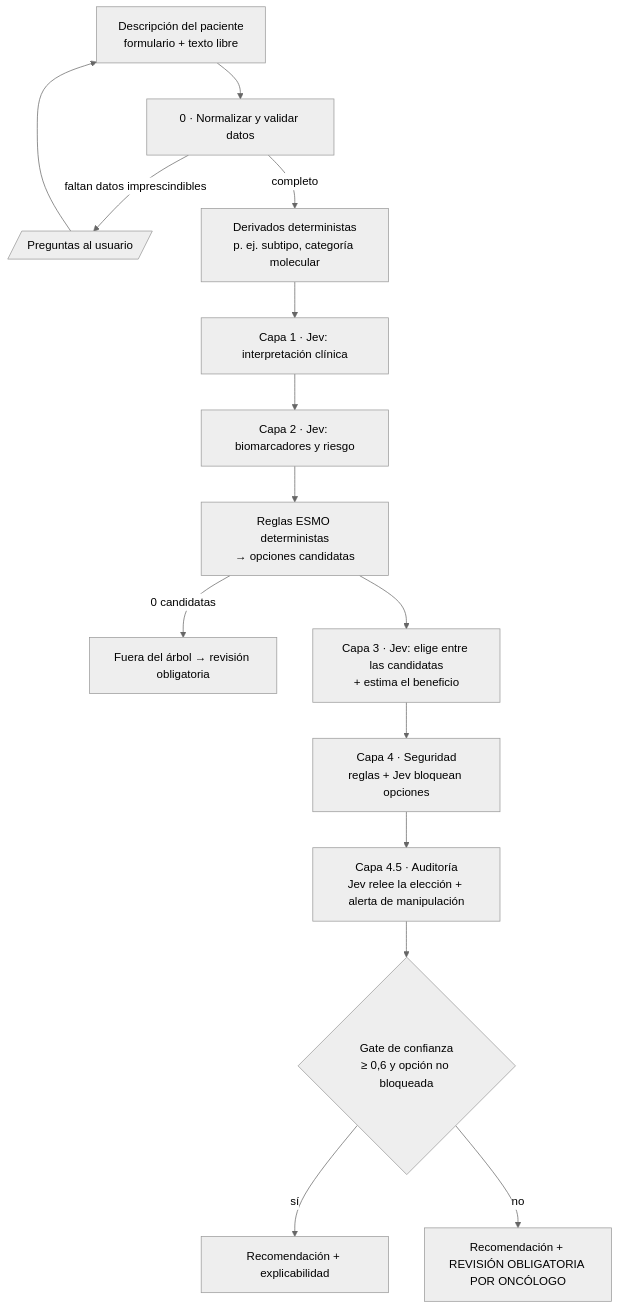
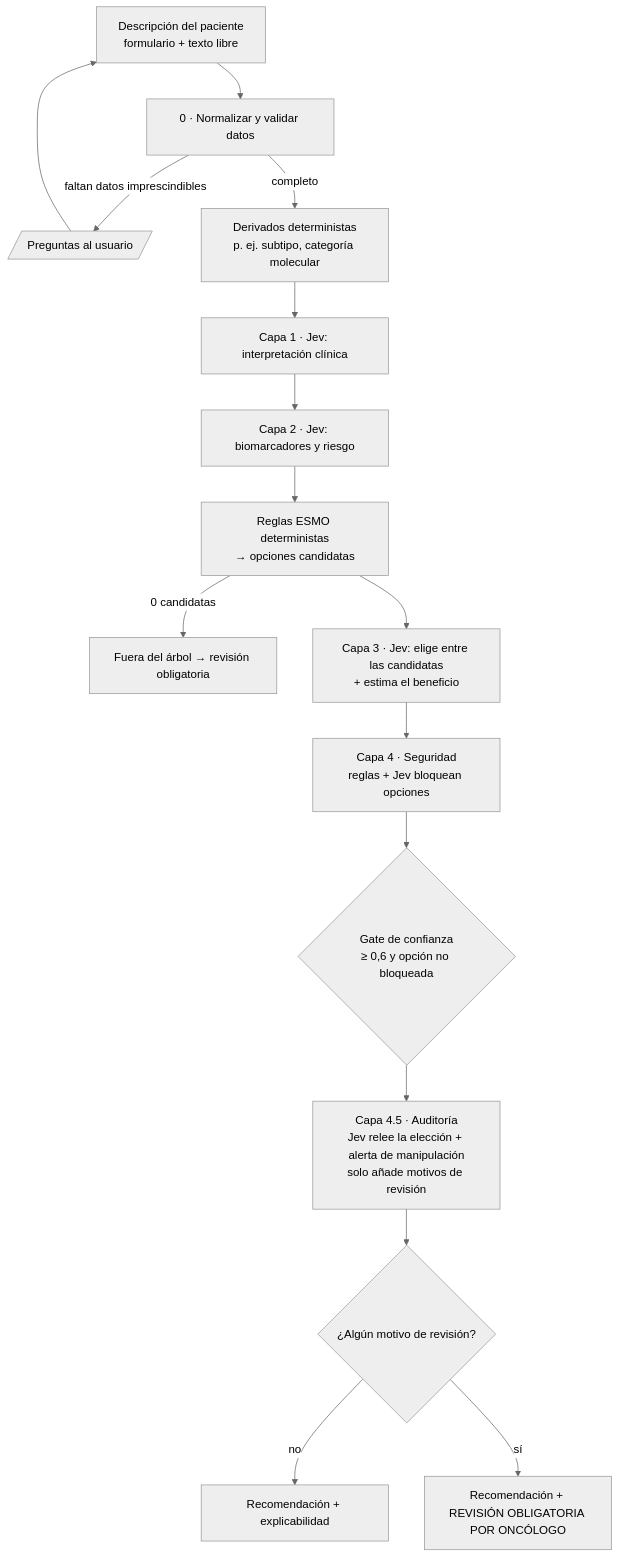
Before and after one commit to Mindbreaker81/JevESMO: the diagram in docs/FLUJO_DECISION.md, drawn with Mermaid (neutral theme). The commit also changed other lines of this file and 5 other files, not shown here.

````diff
--- a/docs/FLUJO_DECISION.md
+++ b/docs/FLUJO_DECISION.md
@@ -16,17 +16,18 @@
 ```mermaid
 flowchart TD
     A[Descripción del paciente<br/>formulario + texto libre] --> B[0 · Normalizar y validar datos]
     B -->|faltan datos imprescindibles| Q[/Preguntas al usuario/]
     Q --> A
     B -->|completo| D[Derivados deterministas<br/>p. ej. subtipo, categoría molecular]
     D --> L1[Capa 1 · Jev: interpretación clínica]
     L1 --> L2[Capa 2 · Jev: biomarcadores y riesgo]
     L2 --> R[Reglas ESMO deterministas<br/>→ opciones candidatas]
     R -->|0 candidatas| OUT[Fuera del árbol → revisión obligatoria]
     R --> L3[Capa 3 · Jev: elige entre las candidatas<br/>+ estima el beneficio]
     L3 --> L4[Capa 4 · Seguridad<br/>reglas + Jev bloquean opciones]
-    L4 --> L45[Capa 4.5 · Auditoría<br/>Jev relee la elección + alerta de manipulación]
-    L45 --> G{Gate de confianza<br/>≥ 0,6 y opción no bloqueada}
-    G -->|sí| OK[Recomendación + explicabilidad]
-    G -->|no| HR[Recomendación + REVISIÓN OBLIGATORIA POR ONCÓLOGO]
+    L4 --> G{Gate de confianza<br/>≥ 0,6 y opción no bloqueada}
+    G --> L45[Capa 4.5 · Auditoría<br/>Jev relee la elección + alerta de manipulación<br/>solo añade motivos de revisión]
+    L45 --> F{¿Algún motivo de revisión?}
+    F -->|no| OK[Recomendación + explicabilidad]
+    F -->|sí| HR[Recomendación + REVISIÓN OBLIGATORIA POR ONCÓLOGO]
 ```
````
